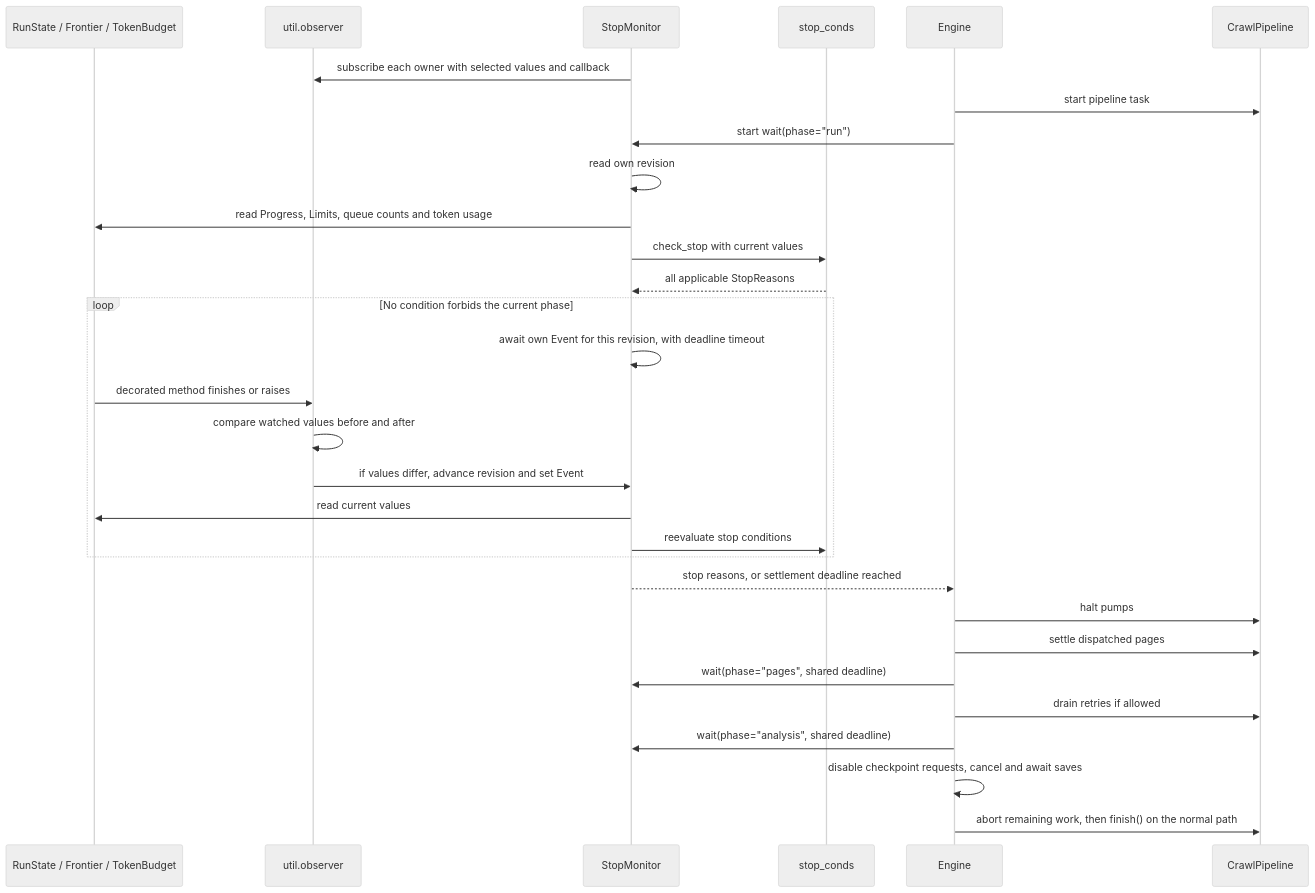
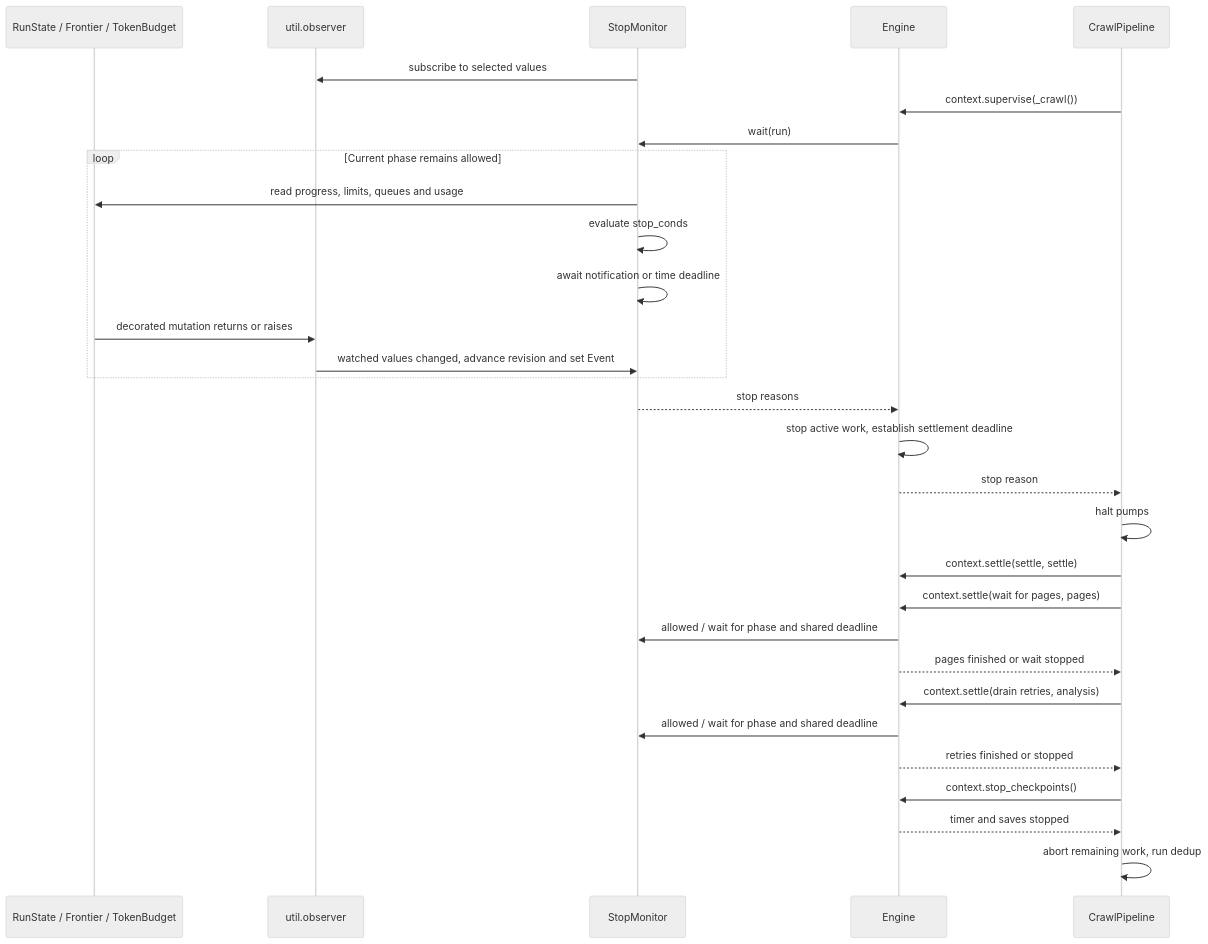
One commit to shixuan/crawl-me-maybe changed the fifth of 7 diagrams in docs/engine.md. Above: the diagram before and after it, drawn with Mermaid (neutral theme). The commit also changed other lines of this file and 34 other files, not shown here.

Commit message:
refactor: decouple engine from crawl pipelines

````diff
--- a/docs/engine.md
+++ b/docs/engine.md
@@ -248,32 +218,32 @@
 ```mermaid
 sequenceDiagram
     participant Owners as RunState / Frontier / TokenBudget
     participant Notify as util.observer
     participant Monitor as StopMonitor
-    participant Checks as stop_conds
     participant Engine
     participant Crawl as CrawlPipeline
-    Monitor->>Notify: subscribe each owner with selected values and callback
-    Engine->>Crawl: start pipeline task
-    Engine->>Monitor: start wait(phase="run")
-    Monitor->>Monitor: read own revision
-    Monitor->>Owners: read Progress, Limits, queue counts and token usage
-    Monitor->>Checks: check_stop with current values
-    Checks-->>Monitor: all applicable StopReasons
-    loop No condition forbids the current phase
-        Monitor->>Monitor: await own Event for this revision, with deadline timeout
-        Owners->>Notify: decorated method finishes or raises
-        Notify->>Notify: compare watched values before and after
-        Notify->>Monitor: if values differ, advance revision and set Event
-        Monitor->>Owners: read current values
-        Monitor->>Checks: reevaluate stop conditions
+    Monitor->>Notify: subscribe to selected values
+    Crawl->>Engine: context.supervise(_crawl())
+    Engine->>Monitor: wait(run)
+    loop Current phase remains allowed
+        Monitor->>Owners: read progress, limits, queues and usage
+        Monitor->>Monitor: evaluate stop_conds
+        Monitor->>Monitor: await notification or time deadline
+        Owners->>Notify: decorated mutation returns or raises
+        Notify->>Monitor: watched values changed, advance revision and set Event
     end
-    Monitor-->>Engine: stop reasons, or settlement deadline reached
-    Engine->>Crawl: halt pumps
-    Engine->>Crawl: settle dispatched pages
-    Engine->>Monitor: wait(phase="pages", shared deadline)
-    Engine->>Crawl: drain retries if allowed
-    Engine->>Monitor: wait(phase="analysis", shared deadline)
-    Engine->>Engine: disable checkpoint requests, cancel and await saves
-    Engine->>Crawl: abort remaining work, then finish() on the normal path
+    Monitor-->>Engine: stop reasons
+    Engine->>Engine: stop active work, establish settlement deadline
+    Engine-->>Crawl: stop reason
+    Crawl->>Crawl: halt pumps
+    Crawl->>Engine: context.settle(settle, settle)
+    Crawl->>Engine: context.settle(wait for pages, pages)
+    Engine->>Monitor: allowed / wait for phase and shared deadline
+    Engine-->>Crawl: pages finished or wait stopped
+    Crawl->>Engine: context.settle(drain retries, analysis)
+    Engine->>Monitor: allowed / wait for phase and shared deadline
+    Engine-->>Crawl: retries finished or stopped
+    Crawl->>Engine: context.stop_checkpoints()
+    Engine-->>Crawl: timer and saves stopped
+    Crawl->>Crawl: abort remaining work, run dedup
 ```
````
